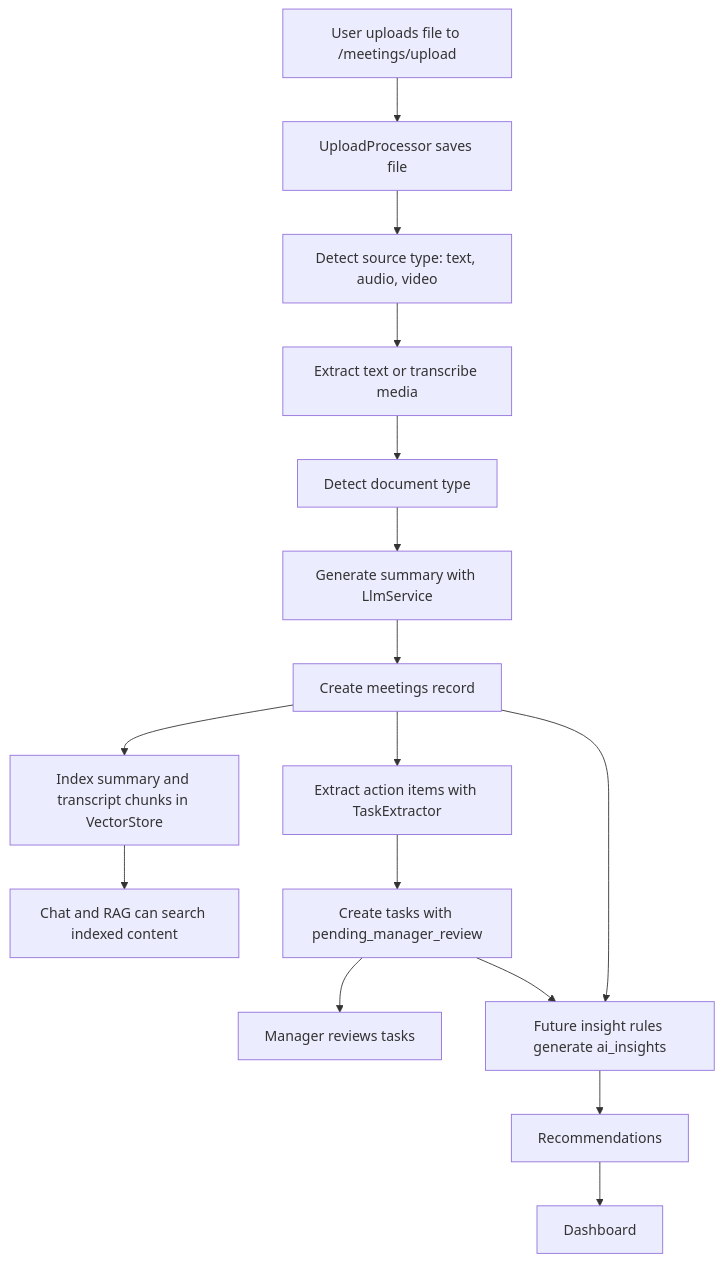
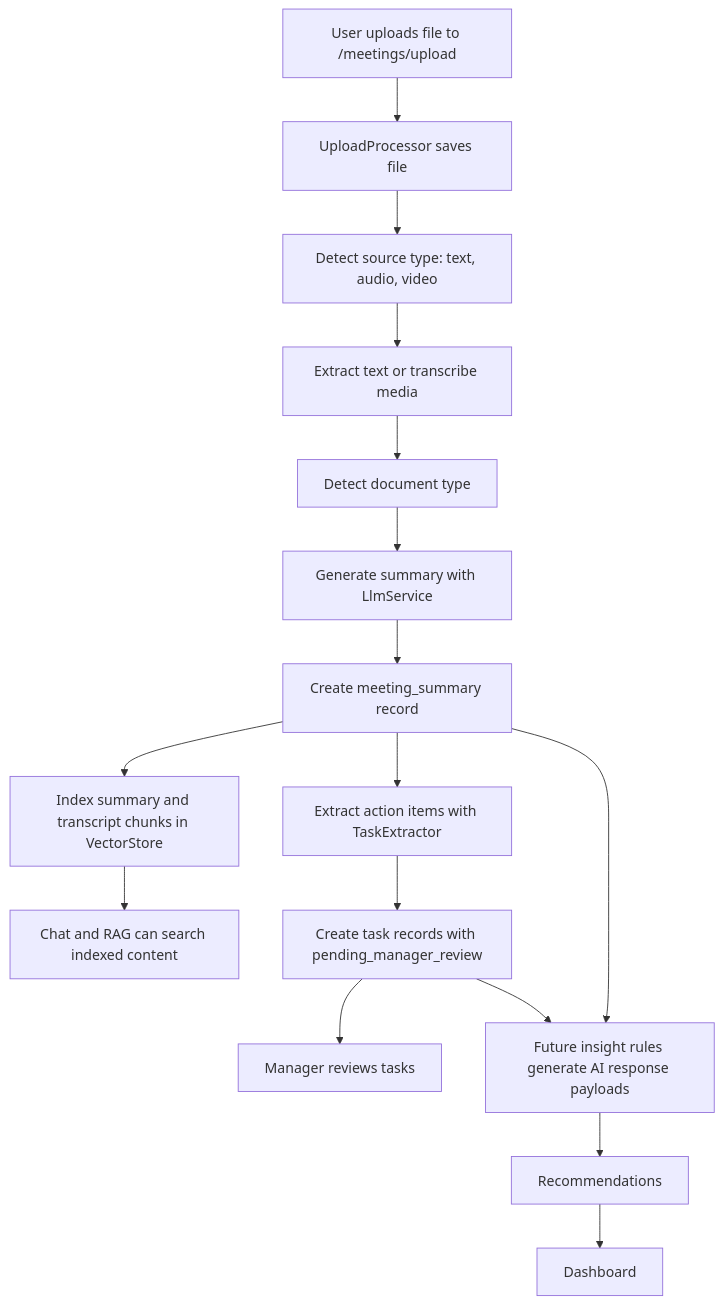
The first of 2 diagrams in ai/AI_Processing_Workflow.md (Teamoria/ai), drawn with Mermaid before and after one commit. The commit also changed other lines of this file and 8 other files, not shown here.

````diff
--- a/ai/AI_Processing_Workflow.md
+++ b/ai/AI_Processing_Workflow.md
@@ -9,18 +9,18 @@
 ```mermaid
 flowchart TD
     A[User uploads file to /meetings/upload] --> B[UploadProcessor saves file]
     B --> C[Detect source type: text, audio, video]
     C --> D[Extract text or transcribe media]
     D --> E[Detect document type]
     E --> F[Generate summary with LlmService]
-    F --> G[Create meetings record]
+    F --> G[Create meeting_summary record]
     G --> H[Index summary and transcript chunks in VectorStore]
     G --> I[Extract action items with TaskExtractor]
-    I --> J[Create tasks with pending_manager_review]
+    I --> J[Create task records with pending_manager_review]
     H --> K[Chat and RAG can search indexed content]
     J --> L[Manager reviews tasks]
-    G --> M[Future insight rules generate ai_insights]
+    G --> M[Future insight rules generate AI response payloads]
     J --> M
     M --> N[Recommendations]
     N --> O[Dashboard]
 ```
````
